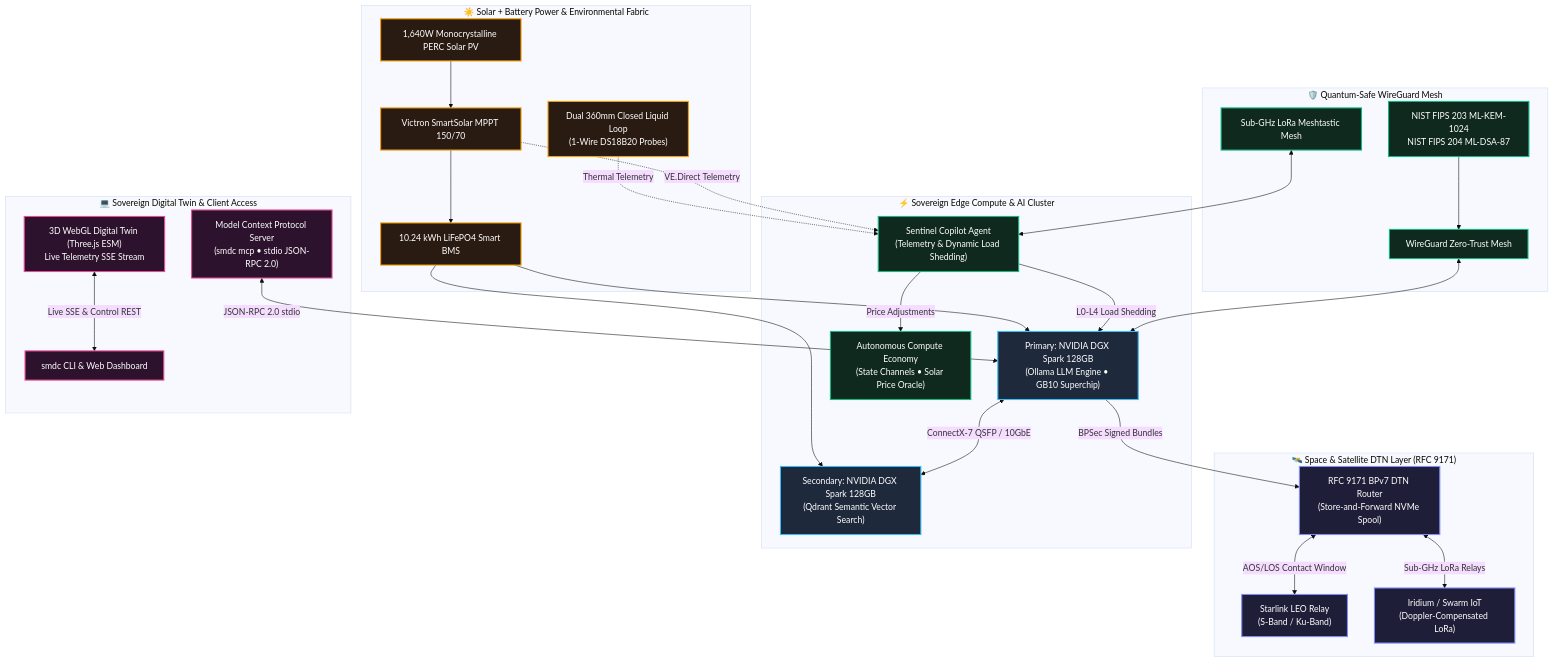
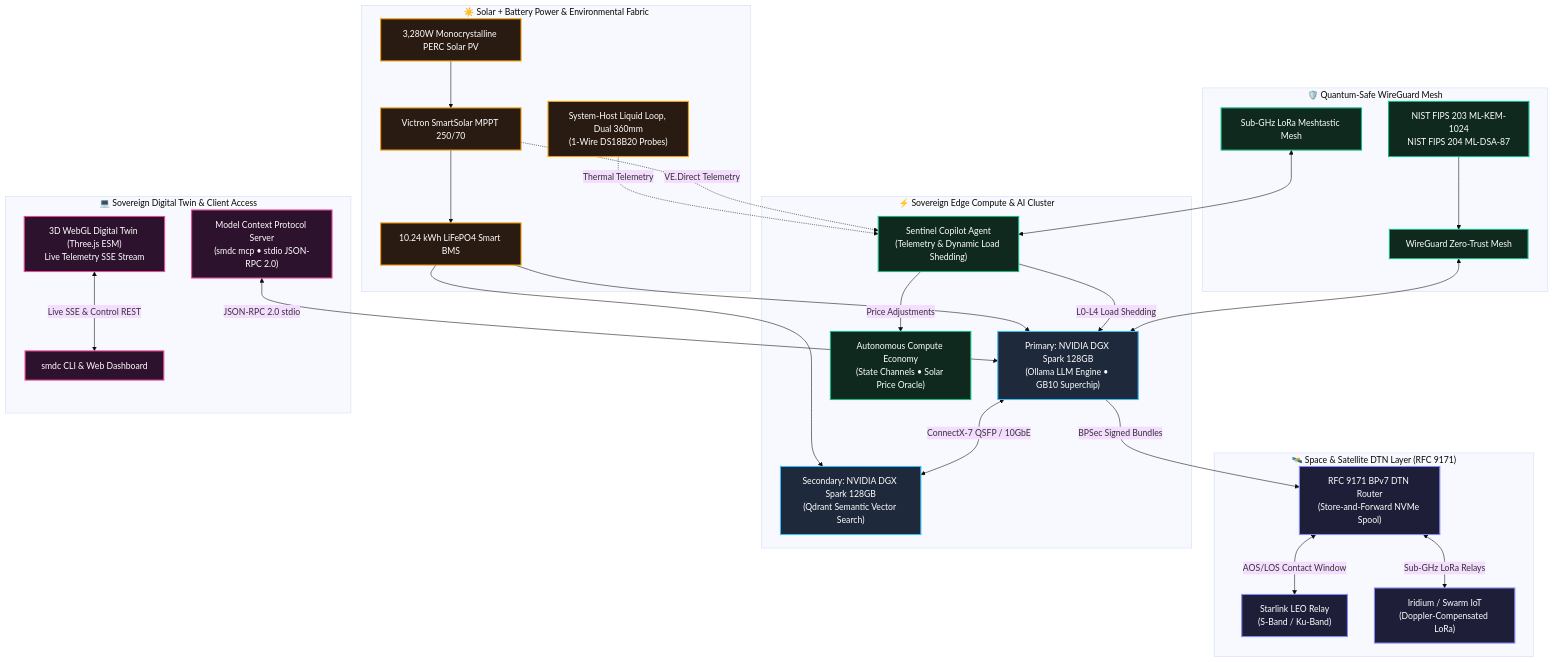
The diagram in README.md (iliachry/sovereign-mini-datacenter), drawn with Mermaid (base theme) before and after one commit. The commit also changed other lines of this file and 21 other files, not shown here.

````diff
--- a/README.md
+++ b/README.md
@@ -45,60 +45,60 @@
 ```mermaid
 graph TD
     classDef space fill:#1e1e38,stroke:#818cf8,stroke-width:2px,color:#fff;
     classDef compute fill:#1e293b,stroke:#38bdf8,stroke-width:2px,color:#fff;
     classDef power fill:#2a1b12,stroke:#f59e0b,stroke-width:2px,color:#fff;
     classDef secure fill:#0f291e,stroke:#10b981,stroke-width:2px,color:#fff;
     classDef client fill:#2d122d,stroke:#ec4899,stroke-width:2px,color:#fff;
 
     subgraph SpaceLayer["🛰️ Space & Satellite DTN Layer (RFC 9171)"]
         Sat1["Starlink LEO Relay<br/>(S-Band / Ku-Band)"]:::space
         Sat2["Iridium / Swarm IoT<br/>(Doppler-Compensated LoRa)"]:::space
         DTNRouter["RFC 9171 BPv7 DTN Router<br/>(Store-and-Forward NVMe Spool)"]:::space
     end
 
     subgraph EnergyLayer["☀️ Solar + Battery Power & Environmental Fabric"]
-        Solar["1,640W Monocrystalline PERC Solar PV"]:::power
-        MPPT["Victron SmartSolar MPPT 150/70"]:::power
+        Solar["3,280W Monocrystalline PERC Solar PV"]:::power
+        MPPT["Victron SmartSolar MPPT 250/70"]:::power
         Battery["10.24 kWh LiFePO4 Smart BMS"]:::power
-        Cooling["Dual 360mm Closed Liquid Loop<br/>(1-Wire DS18B20 Probes)"]:::power
+        Cooling["System-Host Liquid Loop, Dual 360mm<br/>(1-Wire DS18B20 Probes)"]:::power
     end
 
     subgraph ComputeStack["⚡ Sovereign Edge Compute & AI Cluster"]
         Spark1["Primary: NVIDIA DGX Spark 128GB<br/>(Ollama LLM Engine • GB10 Superchip)"]:::compute
         Spark2["Secondary: NVIDIA DGX Spark 128GB<br/>(Qdrant Semantic Vector Search)"]:::compute
         Sentinel["Sentinel Copilot Agent<br/>(Telemetry & Dynamic Load Shedding)"]:::secure
         Economy["Autonomous Compute Economy<br/>(State Channels • Solar Price Oracle)"]:::secure
     end
 
     subgraph SecurityMesh["🛡️ Quantum-Safe WireGuard Mesh"]
         PQC["NIST FIPS 203 ML-KEM-1024<br/>NIST FIPS 204 ML-DSA-87"]:::secure
         WireGuard["WireGuard Zero-Trust Mesh"]:::secure
         LoRaMesh["Sub-GHz LoRa Meshtastic Mesh"]:::secure
     end
 
     subgraph ClientAccess["💻 Sovereign Digital Twin & Client Access"]
         WebTwin["3D WebGL Digital Twin (Three.js ESM)<br/>Live Telemetry SSE Stream"]:::client
         MCP["Model Context Protocol Server<br/>(smdc mcp • stdio JSON-RPC 2.0)"]:::client
         OpsConsole["smdc CLI & Web Dashboard"]:::client
     end
 
     Solar --> MPPT --> Battery
     Battery --> Spark1
     Battery --> Spark2
     Cooling -.->|"Thermal Telemetry"| Sentinel
     MPPT -.->|"VE.Direct Telemetry"| Sentinel
     Sentinel -->|"L0-L4 Load Shedding"| Spark1
     Sentinel -->|"Price Adjustments"| Economy
 
     Spark1 <-->|"ConnectX-7 QSFP / 10GbE"| Spark2
     Spark1 -->|"BPSec Signed Bundles"| DTNRouter
     DTNRouter <-->|"AOS/LOS Contact Window"| Sat1
     DTNRouter <-->|"Sub-GHz LoRa Relays"| Sat2
 
     PQC --> WireGuard
     WireGuard <--> Spark1
     LoRaMesh <--> Sentinel
 
     WebTwin <-->|"Live SSE & Control REST"| OpsConsole
     MCP <-->|"JSON-RPC 2.0 stdio"| Spark1
 ```
````
